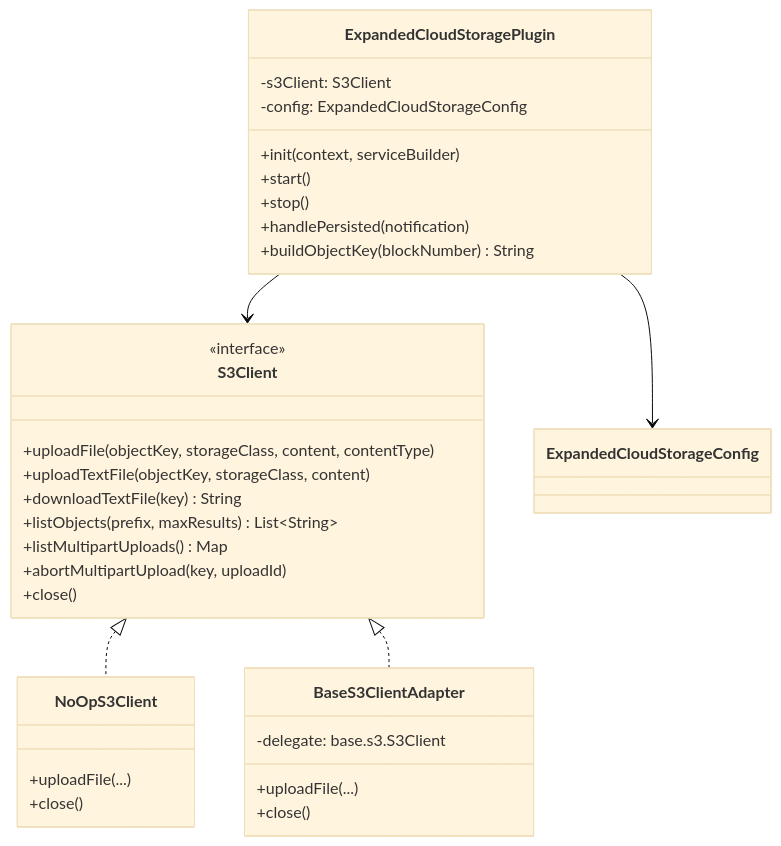
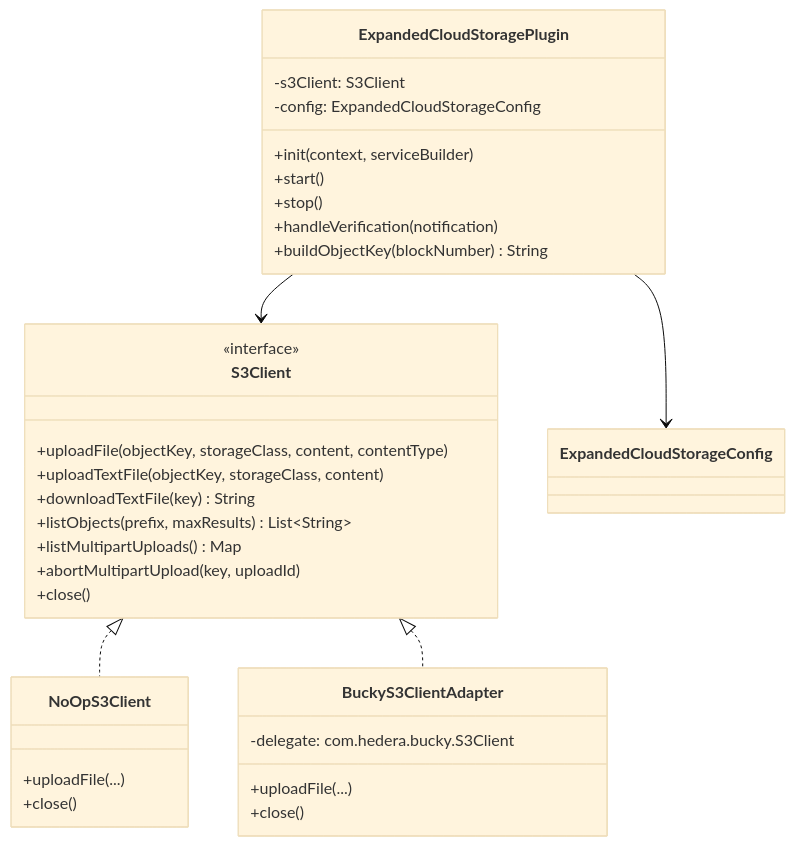
One commit to hiero-ledger/hiero-block-node changed the second of 2 diagrams in docs/design/persistence/expanded-cloud-storage.md. Above: the diagram before and after it, drawn with Mermaid (base theme). The commit also changed other lines of this file and 8 other files, not shown here.

First line of the commit message:
feat: integrate com.hedera.bucky:bucky-client as S3 implementation

````diff
--- a/docs/design/persistence/expanded-cloud-storage.md
+++ b/docs/design/persistence/expanded-cloud-storage.md
@@ -190,35 +179,35 @@
 ```mermaid
 classDiagram
     class S3Client {
         <<interface>>
         +uploadFile(objectKey, storageClass, content, contentType)
         +uploadTextFile(objectKey, storageClass, content)
         +downloadTextFile(key) String
         +listObjects(prefix, maxResults) List~String~
         +listMultipartUploads() Map
         +abortMultipartUpload(key, uploadId)
         +close()
     }
     class NoOpS3Client {
         +uploadFile(...)
         +close()
     }
-    class BaseS3ClientAdapter {
-        -delegate: base.s3.S3Client
+    class BuckyS3ClientAdapter {
+        -delegate: com.hedera.bucky.S3Client
         +uploadFile(...)
         +close()
     }
     class ExpandedCloudStoragePlugin {
         -s3Client: S3Client
         -config: ExpandedCloudStorageConfig
         +init(context, serviceBuilder)
         +start()
         +stop()
-        +handlePersisted(notification)
+        +handleVerification(notification)
         +buildObjectKey(blockNumber) String
     }
     S3Client <|.. NoOpS3Client
-    S3Client <|.. BaseS3ClientAdapter
+    S3Client <|.. BuckyS3ClientAdapter
     ExpandedCloudStoragePlugin --> S3Client
     ExpandedCloudStoragePlugin --> ExpandedCloudStorageConfig
 ```
````
